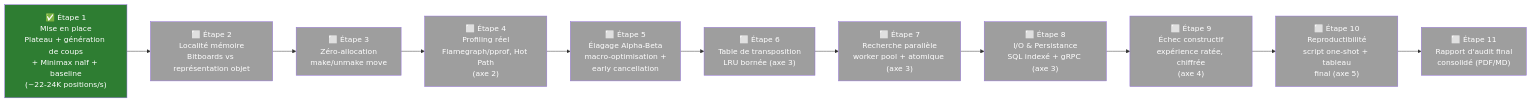
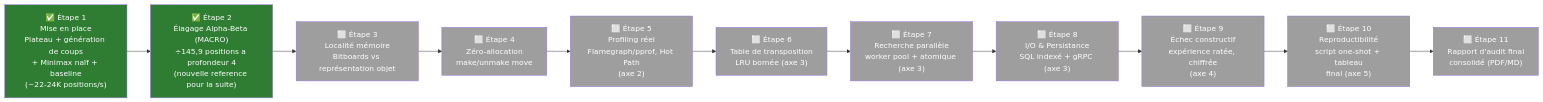
One commit to YoussefGoat123/FILROUGE changed the diagram in choix-sujet.md. Above: the diagram before and after it, drawn with Mermaid. The commit also changed other lines of this file and 8 other files, not shown here.

Commit message:
feat: Implement Alpha-Beta pruning optimization; add new MinimaxAlphaBeta class and tests

````diff
--- a/choix-sujet.md
+++ b/choix-sujet.md
@@ -79,25 +81,25 @@
 ```mermaid
 flowchart LR
-    A["✅ Étape 1\nMise en place\nPlateau + génération de coups\n+ Minimax naïf + baseline\n(~22-24K positions/s)"] --> B["⬜ Étape 2\nLocalité mémoire\nBitboards vs représentation objet"]
-    B --> C["⬜ Étape 3\nZéro-allocation\nmake/unmake move"]
-    C --> D["⬜ Étape 4\nProfiling réel\nFlamegraph/pprof, Hot Path\n(axe 2)"]
-    D --> E["⬜ Étape 5\nÉlagage Alpha-Beta\nmacro-optimisation +\nearly cancellation"]
-    E --> F["⬜ Étape 6\nTable de transposition\nLRU bornée (axe 3)"]
+    A["✅ Étape 1\nMise en place\nPlateau + génération de coups\n+ Minimax naïf + baseline\n(~22-24K positions/s)"] --> E["✅ Étape 2\nÉlagage Alpha-Beta (MACRO)\n÷145,9 positions a profondeur 4\n(nouvelle reference pour la suite)"]
+    E --> B["⬜ Étape 3\nLocalité mémoire\nBitboards vs représentation objet"]
+    B --> C["⬜ Étape 4\nZéro-allocation\nmake/unmake move"]
+    C --> D["⬜ Étape 5\nProfiling réel\nFlamegraph/pprof, Hot Path\n(axe 2)"]
+    D --> F["⬜ Étape 6\nTable de transposition\nLRU bornée (axe 3)"]
     F --> G["⬜ Étape 7\nRecherche parallèle\nworker pool + atomique (axe 3)"]
     G --> H["⬜ Étape 8\nI/O & Persistance\nSQL indexé + gRPC (axe 3)"]
     H --> I["⬜ Étape 9\nÉchec constructif\nexpérience ratée, chiffrée\n(axe 4)"]
     I --> J["⬜ Étape 10\nReproductibilité\nscript one-shot + tableau\nfinal (axe 5)"]
     J --> K["⬜ Étape 11\nRapport d'audit final\nconsolidé (PDF/MD)"]
 
     style A fill:#2e7d32,color:#fff
+    style E fill:#2e7d32,color:#fff
     style B fill:#9e9e9e,color:#fff
     style C fill:#9e9e9e,color:#fff
     style D fill:#9e9e9e,color:#fff
-    style E fill:#9e9e9e,color:#fff
     style F fill:#9e9e9e,color:#fff
     style G fill:#9e9e9e,color:#fff
     style H fill:#9e9e9e,color:#fff
     style I fill:#9e9e9e,color:#fff
     style J fill:#9e9e9e,color:#fff
     style K fill:#9e9e9e,color:#fff
 ```
````
